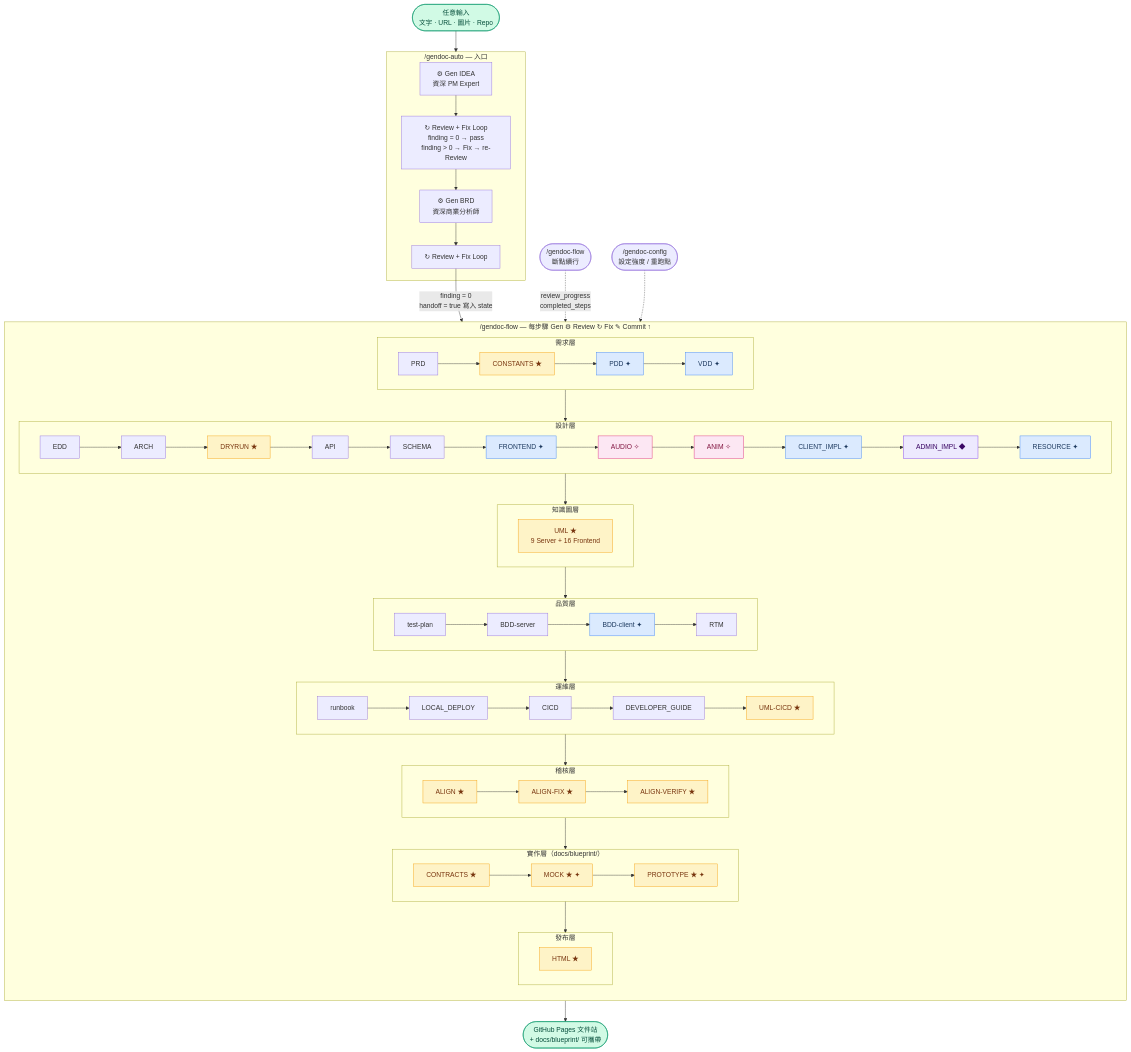
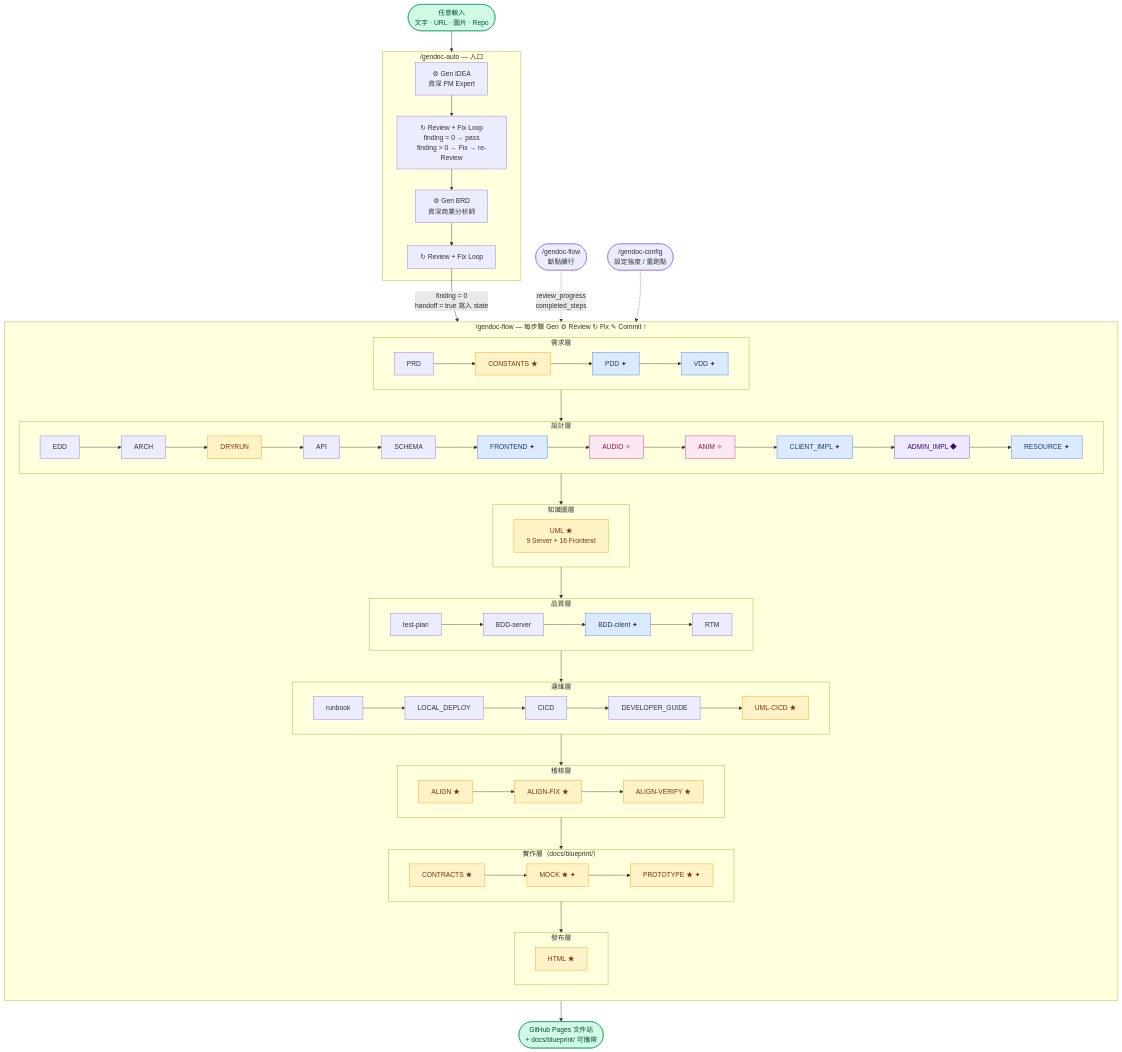
One commit to ibalasite/gendoc changed the second of 4 diagrams in docs/PRD.md. Above: the diagram before and after it, drawn with Mermaid. The commit also changed other lines of this file and 1 other file, not shown here.

First line of the commit message:
docs(prd, pipeline)[DRYRUN]: PRD §7.10 + pipeline.json note 對齊 — DRYRUN 走標準三件套（v4.2 需求書）

````diff
--- a/docs/PRD.md
+++ b/docs/PRD.md
@@ -539,51 +539,51 @@
 ```mermaid
 flowchart TD
     INPUT([任意輸入\n文字 · URL · 圖片 · Repo]) --> AUTO
     subgraph AUTO["/gendoc-auto — 入口"]
         G1["⚙ Gen IDEA\n資深 PM Expert"] --> R1["↻ Review + Fix Loop\nfinding = 0 → pass\nfinding > 0 → Fix → re-Review"]
         R1 --> G2["⚙ Gen BRD\n資深商業分析師"]
         G2 --> R2["↻ Review + Fix Loop"]
     end
     R2 -->|"finding = 0\nhandoff = true 寫入 state"| FLOW
     subgraph FLOW["/gendoc-flow — 每步驟 Gen ⚙ Review ↻ Fix ✎ Commit ↑"]
         direction TD
         subgraph REQ["需求層"]
             NP["PRD"] --> NCO["CONSTANTS ★"] --> NPD["PDD ✦"] --> NVD["VDD ✦"]
         end
         subgraph DES["設計層"]
-            NED["EDD"] --> NAR["ARCH"] --> NDR["DRYRUN ★"] --> NAPI["API"] --> NSC["SCHEMA"] --> NFR["FRONTEND ✦"] --> NAU["AUDIO ✧"] --> NAN["ANIM ✧"] --> NCI["CLIENT_IMPL ✦"] --> NAIM["ADMIN_IMPL ◆"] --> NRS["RESOURCE ✦"]
+            NED["EDD"] --> NAR["ARCH"] --> NDR["DRYRUN"] --> NAPI["API"] --> NSC["SCHEMA"] --> NFR["FRONTEND ✦"] --> NAU["AUDIO ✧"] --> NAN["ANIM ✧"] --> NCI["CLIENT_IMPL ✦"] --> NAIM["ADMIN_IMPL ◆"] --> NRS["RESOURCE ✦"]
         end
         subgraph UML_L["知識圖層"]
             NUML["UML ★\n9 Server + 16 Frontend"]
         end
         subgraph QA["品質層"]
             NTP["test-plan"] --> NBS["BDD-server"] --> NBC["BDD-client ✦"] --> NRTM["RTM"]
         end
         subgraph OPS["運維層"]
             NRB["runbook"] --> NLD["LOCAL_DEPLOY"] --> NCIC["CICD"] --> NDG["DEVELOPER_GUIDE"] --> NUC["UML-CICD ★"]
         end
         subgraph AUDIT["稽核層"]
             NAL["ALIGN ★"] --> NALF["ALIGN-FIX ★"] --> NALV["ALIGN-VERIFY ★"]
         end
         subgraph IMPL["實作層（docs/blueprint/）"]
             NCT["CONTRACTS ★"] --> NMK["MOCK ★ ✦"] --> NPRT["PROTOTYPE ★ ✦"]
         end
         subgraph PUB["發布層"]
             NHL["HTML ★"]
         end
         REQ --> DES --> UML_L --> QA --> OPS --> AUDIT --> IMPL --> PUB
     end
     FLOW --> DONE([GitHub Pages 文件站\n+ docs/blueprint/ 可攜帶])
     RESUME(["/gendoc-flow\n斷點續行"]) -.->|"review_progress\ncompleted_steps"| FLOW
     CONFIG(["/gendoc-config\n設定強度 / 重跑點"]) -.-> FLOW
     classDef condNode fill:#dbeafe,stroke:#3b82f6,color:#1e3a5f
     classDef gameNode fill:#fce7f3,stroke:#db2777,color:#831843
     classDef specNode fill:#fef3c7,stroke:#f59e0b,color:#78350f
     classDef adminNode fill:#ede9fe,stroke:#7c3aed,color:#3b0764
     classDef ioNode fill:#d1fae5,stroke:#059669,color:#064e3b
     class NPD,NVD,NFR,NBC,NCI,NRS,NMK,NPRT condNode
     class NAU,NAN gameNode
     class NCO,NDR,NUML,NUC,NAL,NALF,NALV,NCT,NMK,NPRT,NHL specNode
     class NAIM adminNode
     class INPUT,DONE ioNode
 ```
````
